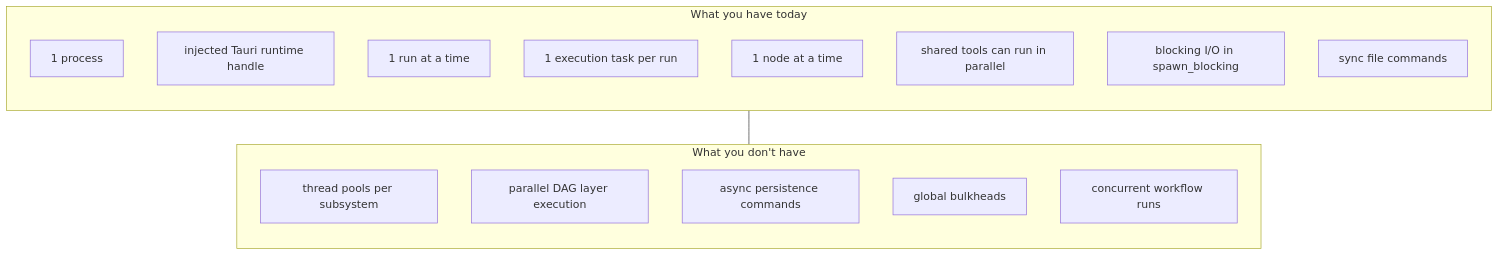
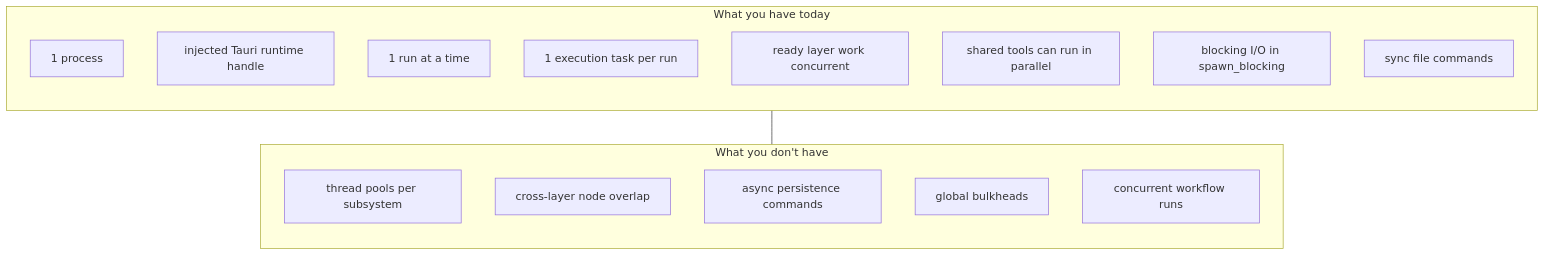
The seventh of 7 diagrams in docs/architecture/threading-concurrency.md (philbotar/OpenFlow), drawn with Mermaid before and after one commit. The commit also changed other lines of this file and 135 other files, not shown here.

````diff
--- a/docs/architecture/threading-concurrency.md
+++ b/docs/architecture/threading-concurrency.md
@@ -324,25 +321,25 @@
 ```mermaid
 flowchart TB
     subgraph WhatYouHave["What you have today"]
         direction TB
         W1["1 process"]
         W2["injected Tauri runtime handle"]
         W3["1 run at a time"]
         W4["1 execution task per run"]
-        W5["1 node at a time"]
+        W5["ready layer work concurrent"]
         W6["shared tools can run in parallel"]
         W7["blocking I/O in spawn_blocking"]
         W8["sync file commands"]
     end
 
     subgraph WhatYouDontHave["What you don't have"]
         direction TB
         N1["thread pools per subsystem"]
-        N2["parallel DAG layer execution"]
+        N2["cross-layer node overlap"]
         N3["async persistence commands"]
         N4["global bulkheads"]
         N5["concurrent workflow runs"]
     end
 
     WhatYouHave --- WhatYouDontHave
 ```
````
